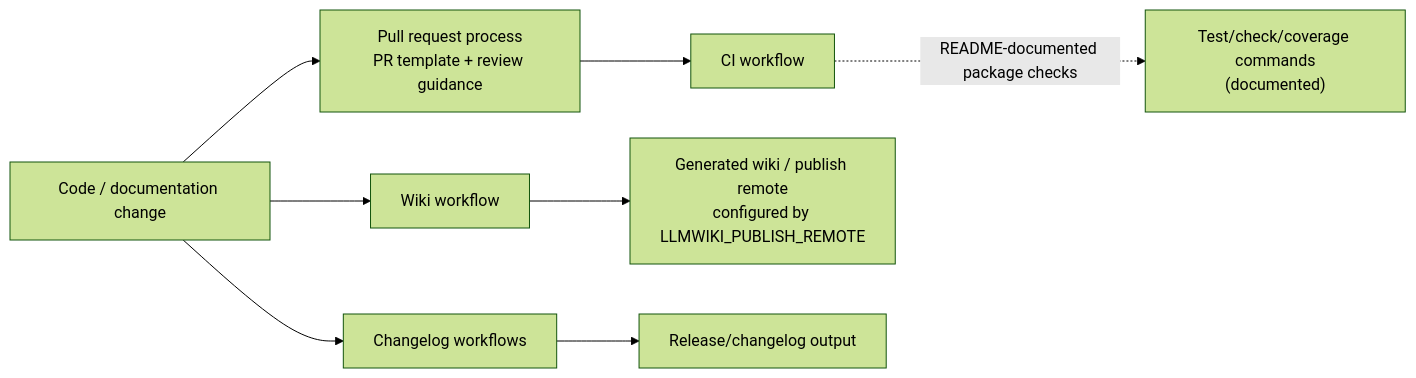
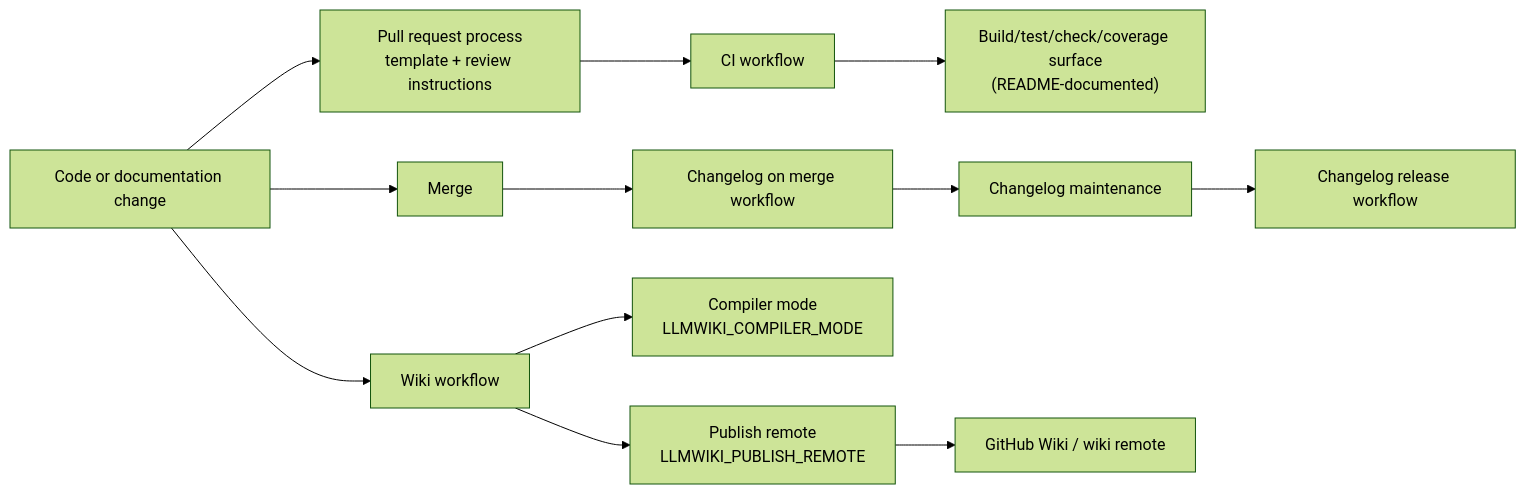
The third of 3 diagrams in Architecture.md (mfittko/repo-wiki), drawn with Mermaid (forest theme) before and after one commit. The commit also changed other lines of this file and 43 other files, not shown here.

Commit message:
Compile repository wiki 2026-05-15T17:36:39.093Z

````diff
--- a/Architecture.md
+++ b/Architecture.md
@@ -251,19 +226,17 @@
 ```mermaid
 flowchart LR
-  Change["Code / documentation change"]
-  PR["Pull request process\nPR template + review guidance"]
-  CI["CI workflow"]
-  Tests["Test/check/coverage commands\n(documented)"]
-  WikiWF["Wiki workflow"]
-  WikiOut["Generated wiki / publish remote\nconfigured by LLMWIKI_PUBLISH_REMOTE"]
-  Changelog["Changelog workflows"]
-  Release["Release/changelog output"]
+  Change["Code or documentation change"] --> PR["Pull request process<br/>template + review instructions"]
+  PR --> CI["CI workflow"]
+  CI --> Checks["Build/test/check/coverage surface<br/>(README-documented)"]
 
-  Change --> PR
-  PR --> CI
-  CI -. "README-documented package checks" .-> Tests
-  Change --> WikiWF
-  WikiWF --> WikiOut
-  Change --> Changelog
-  Changelog --> Release
+  Change --> Merge["Merge"]
+  Merge --> ChangelogMerge["Changelog on merge workflow"]
+  ChangelogMerge --> Changelog["Changelog maintenance"]
+
+  Change --> WikiWorkflow["Wiki workflow"]
+  WikiWorkflow --> CompileMode["Compiler mode<br/>LLMWIKI_COMPILER_MODE"]
+  WikiWorkflow --> PublishRemote["Publish remote<br/>LLMWIKI_PUBLISH_REMOTE"]
+  PublishRemote --> Wiki["GitHub Wiki / wiki remote"]
+
+  Changelog["Changelog maintenance"] --> ReleaseWF["Changelog release workflow"]
 ```
````
